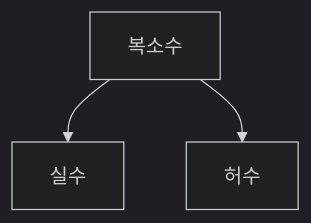
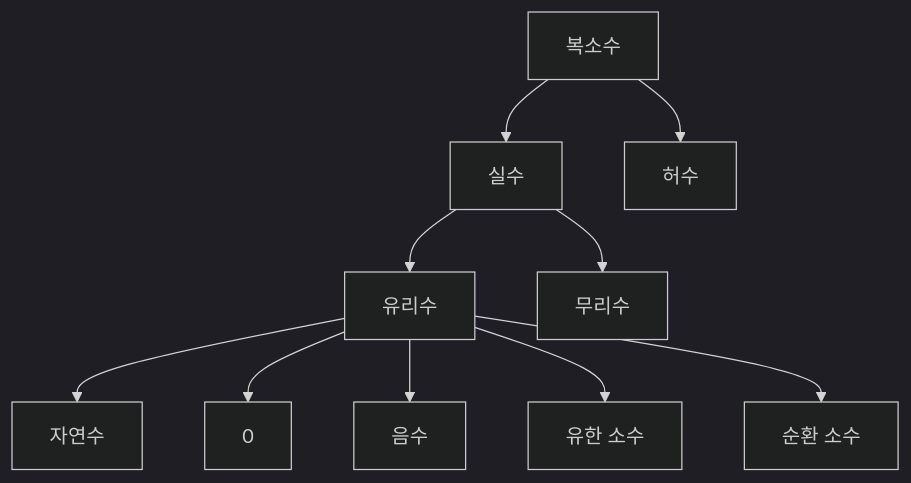
Before and after one commit to answeredbyablemind/answeredbyablemind.github.io: the diagram in _posts/2019-06-15-허수의 존재 의미에 대하여.md, drawn with Mermaid (dark theme).

Commit message:
Update 2019-06-15-허수의 존재 의미에 대하여.md

````diff
--- a/_posts/2019-06-15-허수의 존재 의미에 대하여.md
+++ b/_posts/2019-06-15-허수의 존재 의미에 대하여.md
@@ -14,5 +14,12 @@
 ```mermaid
 graph TD
   A[복소수]--> B[실수];
   A--> C[허수];
+  B--> D[유리수];
+  B--> E[무리수];
+  D--> F[자연수];
+  D--> G[0];
+  D--> H[음수];
+  D--> I[유한 소수];
+  D--> J[순환 소수];
 ```
````
